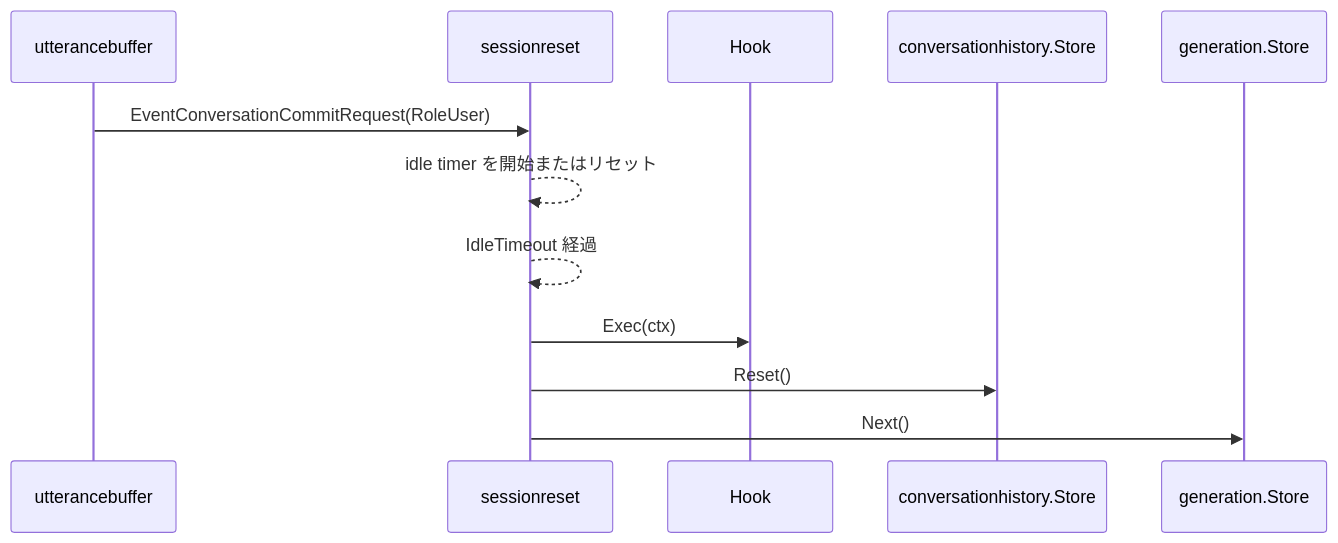
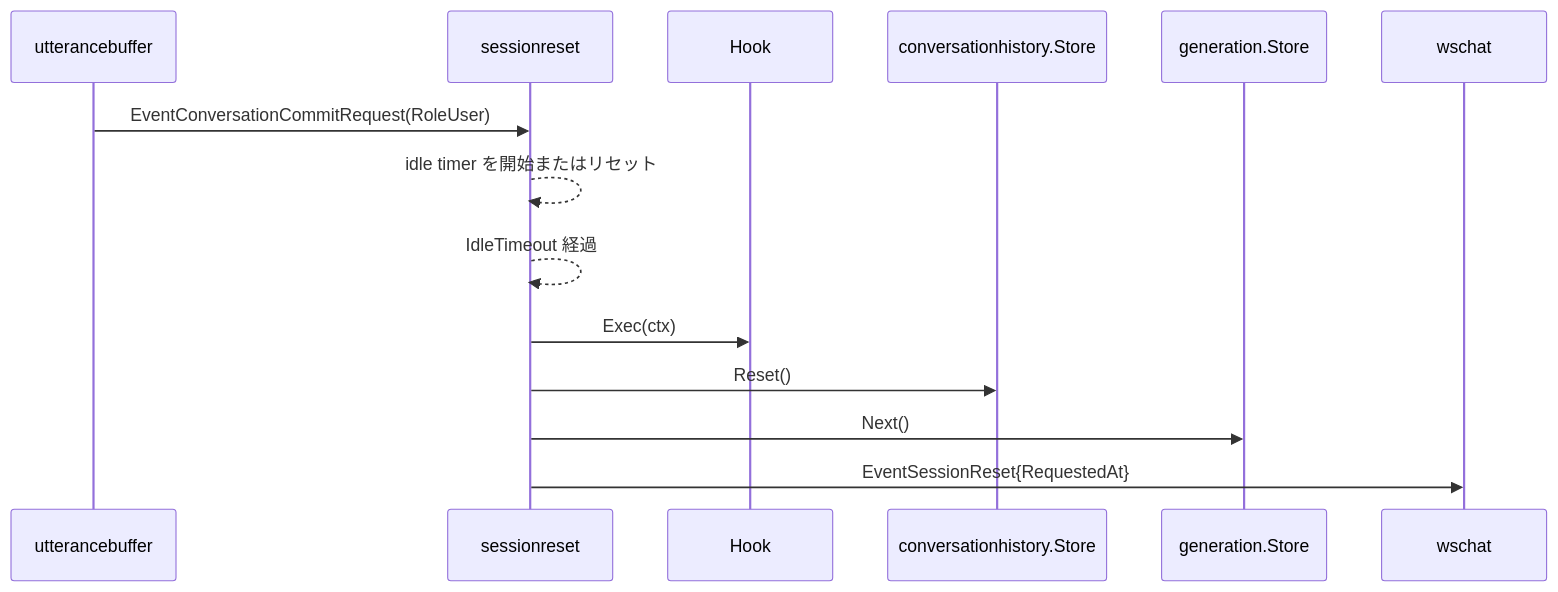
The first of 2 diagrams in docs/components/sessionreset.md (tetetratra/smart-speaker), drawn with Mermaid before and after one commit. The commit also changed other lines of this file and 3 other files, not shown here.

Commit message:
docs: describe session reset UI notification

````diff
--- a/docs/components/sessionreset.md
+++ b/docs/components/sessionreset.md
@@ -43,15 +47,17 @@
 ```mermaid
 sequenceDiagram
     participant UB as utterancebuffer
     participant SR as sessionreset
     participant Hook as Hook
     participant Hist as conversationhistory.Store
     participant Gen as generation.Store
+    participant WS as wschat
 
     UB->>SR: EventConversationCommitRequest(RoleUser)
     SR-->>SR: idle timer を開始またはリセット
     SR-->>SR: IdleTimeout 経過
     SR->>Hook: Exec(ctx)
     SR->>Hist: Reset()
     SR->>Gen: Next()
+    SR->>WS: EventSessionReset{RequestedAt}
 ```
````
